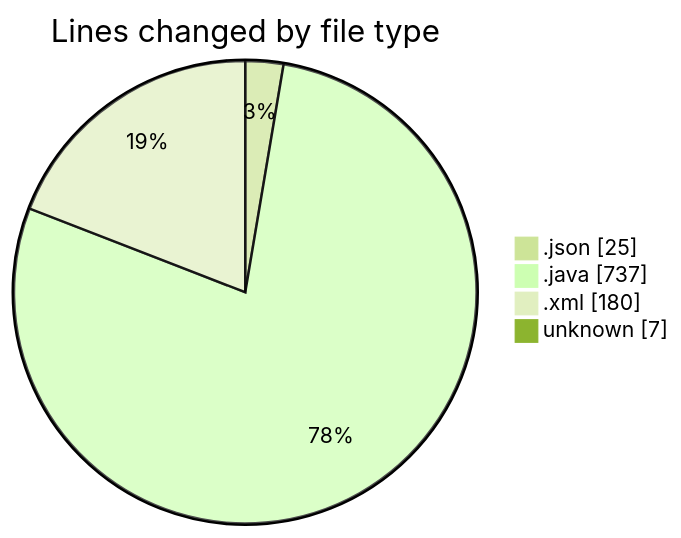
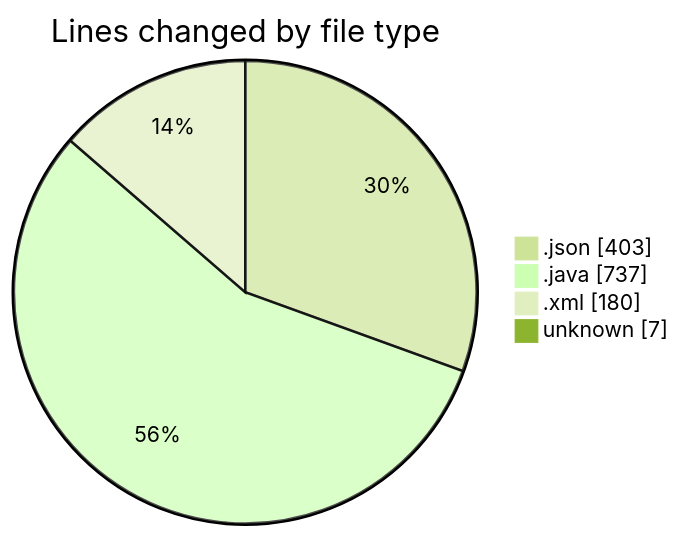
One commit to charlie-sans/code-tracking changed the first of 2 diagrams in 2025-02-23/codepack/README.md. Above: the diagram before and after it, drawn with Mermaid (forest theme). The commit also changed other lines of this file and 1 other file, not shown here.

````diff
--- a/2025-02-23/codepack/README.md
+++ b/2025-02-23/codepack/README.md
@@ -26,8 +27,8 @@
 ```mermaid
 pie showData
 title Lines changed by file type
-".json" : 25
+".json" : 403
 ".java" : 737
 ".xml" : 180
 "unknown" : 7
 ```
````
